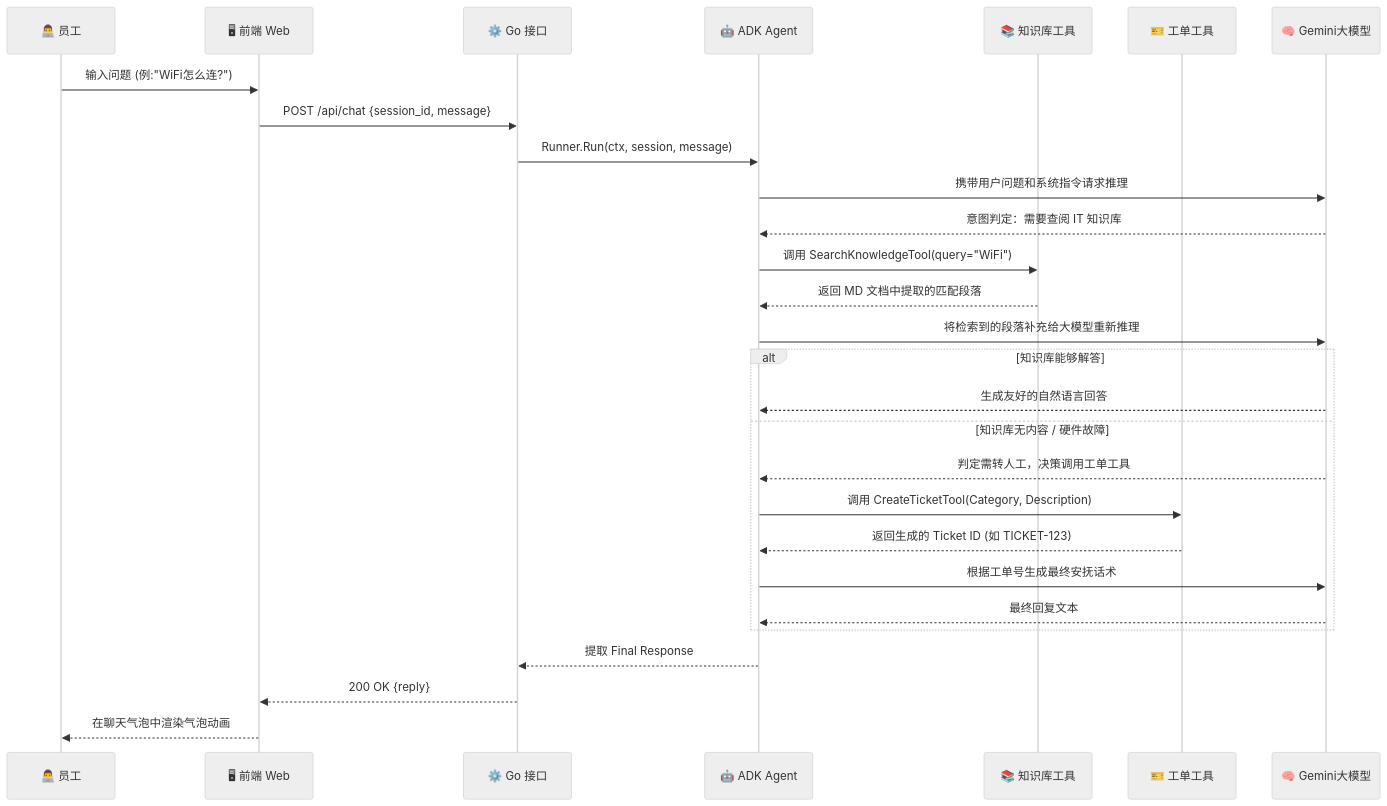
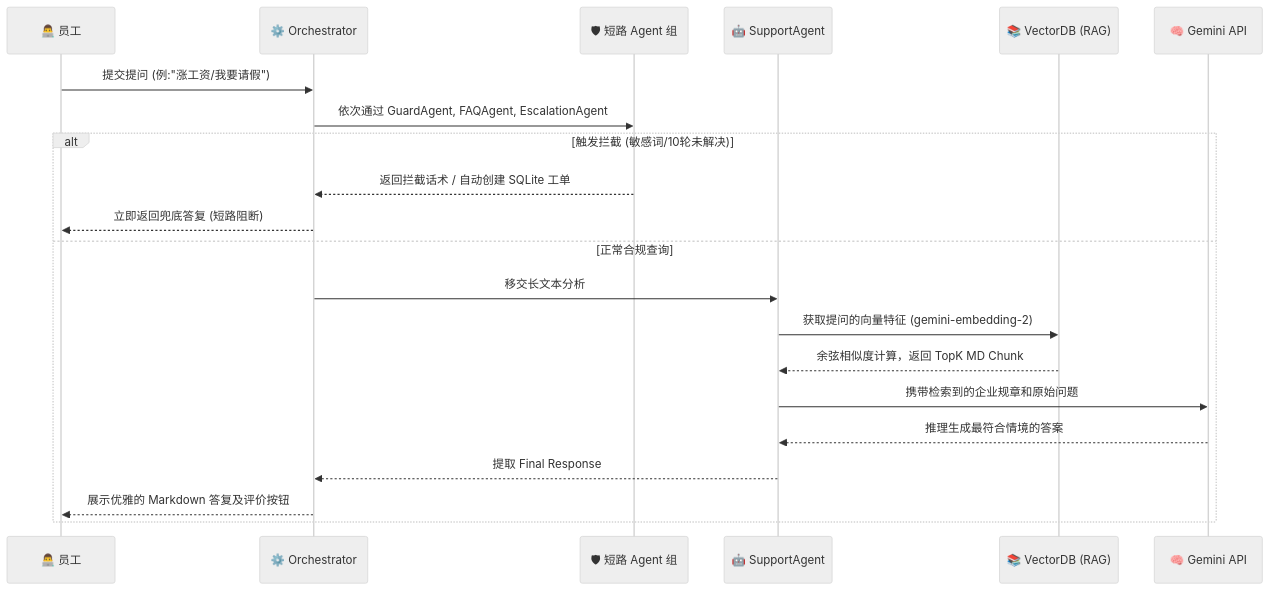
One commit to everlp/OmniDesk changed the second of 2 diagrams in README.md. Above: the diagram before and after it, drawn with Mermaid (neutral theme). The commit also changed other lines of this file and 21 other files, not shown here.

Commit message:
feat: upgrade to multi-agent architecture with zero-dependency RAG

````diff
--- a/README.md
+++ b/README.md
@@ -68,36 +64,26 @@
 ```mermaid
 sequenceDiagram
     participant User as 👨‍💻 员工
-    participant UI as 🖥 前端 Web
-    participant Server as ⚙️ Go 接口
-    participant Agent as 🤖 ADK Agent
-    participant KB as 📚 知识库工具
-    participant Ticket as 🎫 工单工具
-    participant Gemini as 🧠 Gemini大模型
+    participant Orchestrator as ⚙️ Orchestrator
+    participant SubAgents as 🛡 短路 Agent 组
+    participant Support as 🤖 SupportAgent
+    participant RAG as 📚 VectorDB (RAG)
+    participant Gemini as 🧠 Gemini API
 
-    User->>UI: 输入问题 (例:"WiFi怎么连?")
-    UI->>Server: POST /api/chat {session_id, message}
-    Server->>Agent: Runner.Run(ctx, session, message)
+    User->>Orchestrator: 提交提问 (例:"涨工资/我要请假")
     
-    Agent->>Gemini: 携带用户问题和系统指令请求推理
-    Gemini-->>Agent: 意图判定：需要查阅 IT 知识库
-    
-    Agent->>KB: 调用 SearchKnowledgeTool(query="WiFi")
-    KB-->>Agent: 返回 MD 文档中提取的匹配段落
-    
-    Agent->>Gemini: 将检索到的段落补充给大模型重新推理
-    
-    alt 知识库能够解答
-        Gemini-->>Agent: 生成友好的自然语言回答
-    else 知识库无内容 / 硬件故障
-        Gemini-->>Agent: 判定需转人工，决策调用工单工具
-        Agent->>Ticket: 调用 CreateTicketTool(Category, Description)
-        Ticket-->>Agent: 返回生成的 Ticket ID (如 TICKET-123)
-        Agent->>Gemini: 根据工单号生成最终安抚话术
-        Gemini-->>Agent: 最终回复文本
+    Orchestrator->>SubAgents: 依次通过 GuardAgent, FAQAgent, EscalationAgent
+    alt 触发拦截 (敏感词/10轮未解决)
+        SubAgents-->>Orchestrator: 返回拦截话术 / 自动创建 SQLite 工单
+        Orchestrator-->>User: 立即返回兜底答复 (短路阻断)
+    else 正常合规查询
+        Orchestrator->>Support: 移交长文本分析
+        Support->>RAG: 获取提问的向量特征 (gemini-embedding-2)
+        RAG-->>Support: 余弦相似度计算，返回 TopK MD Chunk
+        
+        Support->>Gemini: 携带检索到的企业规章和原始问题
+        Gemini-->>Support: 推理生成最符合情境的答案
+        Support-->>Orchestrator: 提取 Final Response
+        Orchestrator-->>User: 展示优雅的 Markdown 答复及评价按钮
     end
-
-    Agent-->>Server: 提取 Final Response
-    Server-->>UI: 200 OK {reply}
-    UI-->>User: 在聊天气泡中渲染气泡动画
 ```
````
